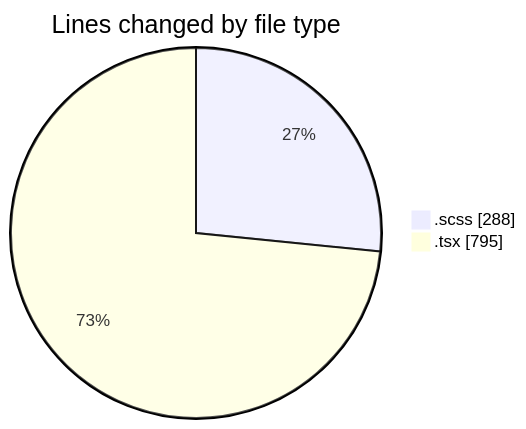
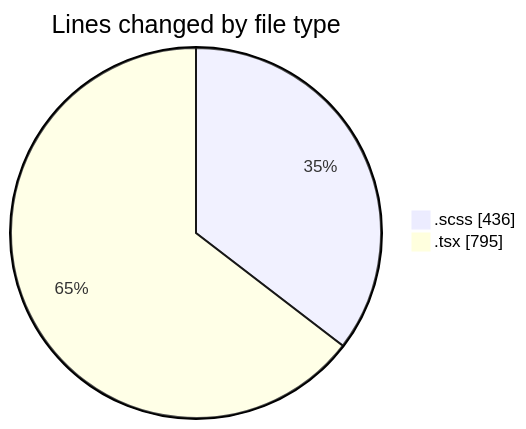
Before and after one commit to momahboobian/code-tracking: the first of 2 diagrams in 2025-03-28/cda/README.md, drawn with Mermaid. The commit also changed other lines of this file and 1 other file, not shown here.

````diff
--- a/2025-03-28/cda/README.md
+++ b/2025-03-28/cda/README.md
@@ -23,6 +23,6 @@
 ```mermaid
 pie showData
 title Lines changed by file type
-".scss" : 288
+".scss" : 436
 ".tsx" : 795
 ```
````
